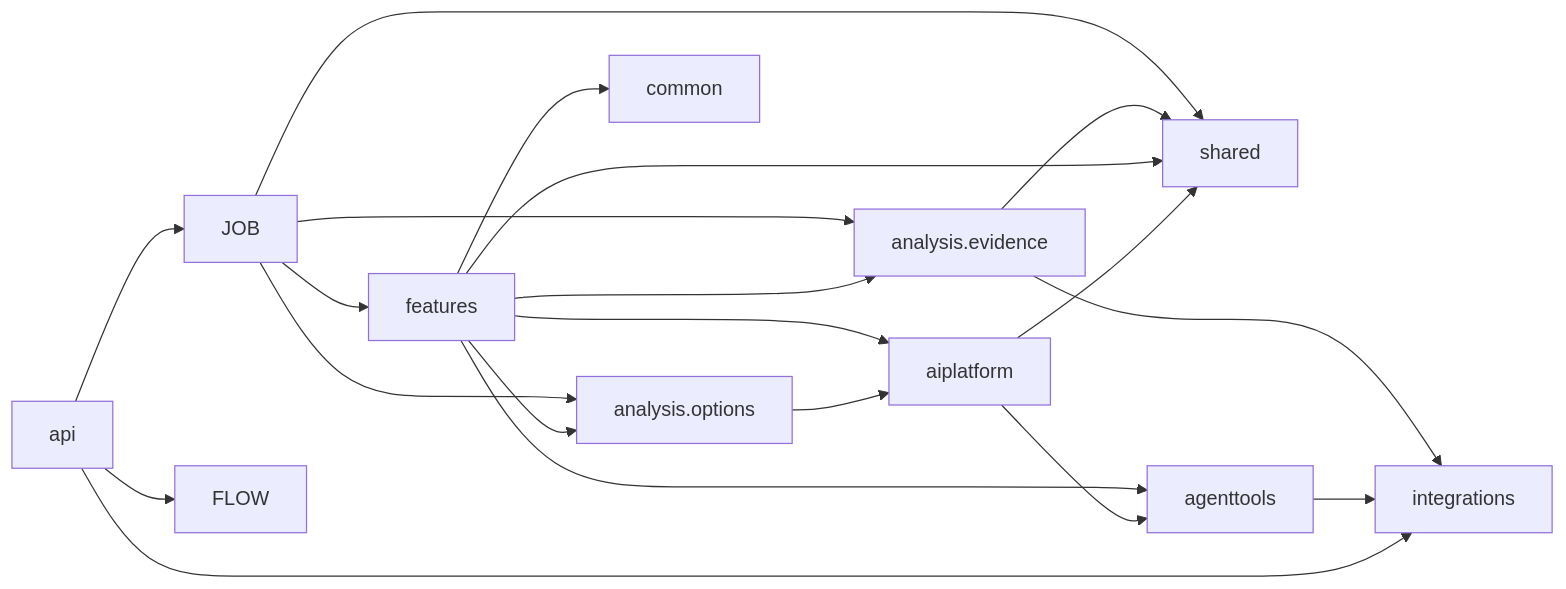
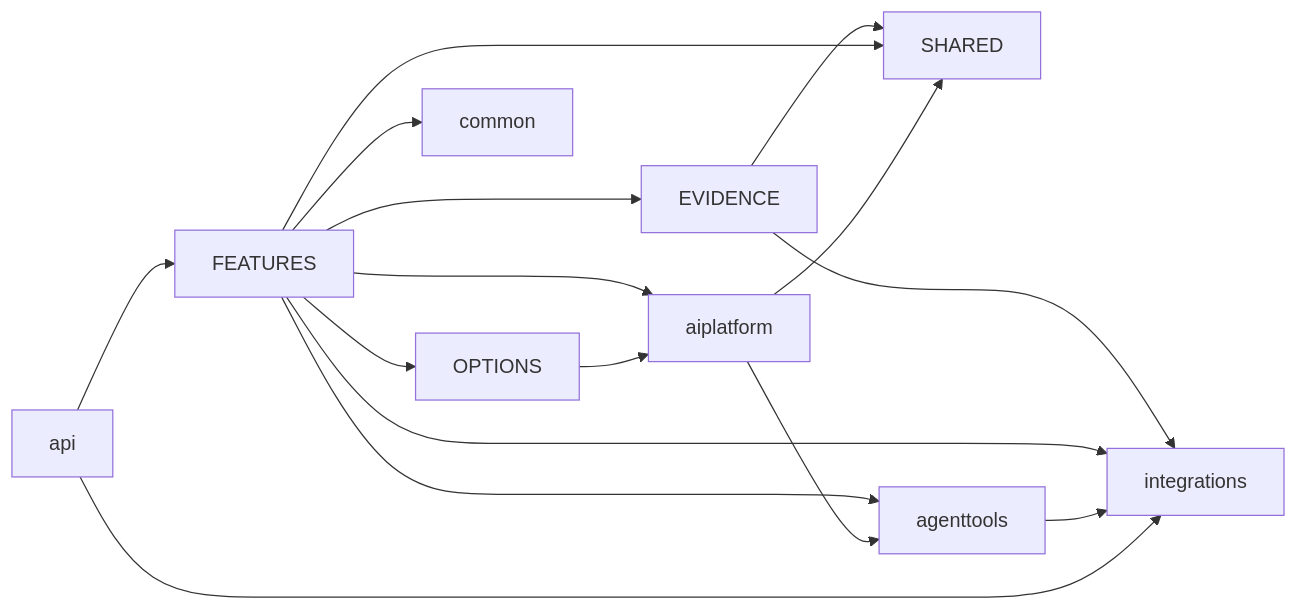
The second of 2 diagrams in docs/architecture/05-package-dependencies.md (herald-assistant/incident-tracker), drawn with Mermaid before and after one commit. The commit also changed other lines of this file and 33 other files, not shown here.

````diff
--- a/docs/architecture/05-package-dependencies.md
+++ b/docs/architecture/05-package-dependencies.md
@@ -143,28 +144,23 @@
 ```mermaid
 flowchart LR
-    JOB --> FEATURES["features"]
-    JOB --> EVIDENCE["analysis.evidence"]
-    JOB --> OPTIONS["analysis.options"]
-    JOB --> SHARED["shared"]
-
     EVIDENCE --> INTEGRATIONS["integrations"]
     EVIDENCE --> SHARED
 
     FEATURES --> AIPLATFORM["aiplatform"]
     FEATURES --> AGENTTOOLS["agenttools"]
     FEATURES --> EVIDENCE
     FEATURES --> OPTIONS
     FEATURES --> COMMON["common"]
+    FEATURES --> INTEGRATIONS
     FEATURES --> SHARED
 
     OPTIONS --> AIPLATFORM["aiplatform"]
 
     AIPLATFORM --> AGENTTOOLS
     AIPLATFORM --> SHARED
 
     AGENTTOOLS --> INTEGRATIONS
 
     API["api"] --> INTEGRATIONS
-    API --> FLOW
-    API --> JOB
+    API --> FEATURES
 ```
````
